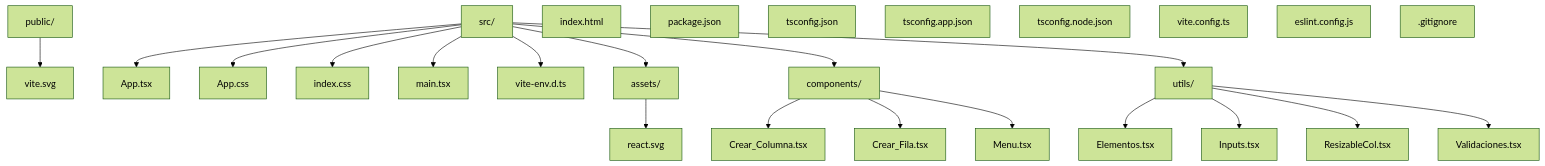
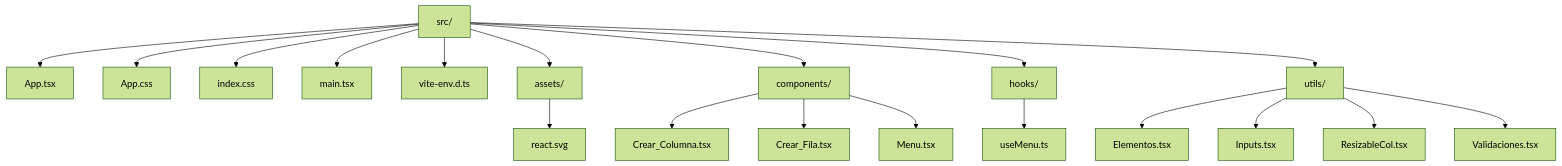
The diagram in README.md (SebastianWebApp/elementos_dinamicos), drawn with Mermaid (forest theme) before and after one commit. The commit also changed other lines of this file and 3 other files, not shown here.

````diff
--- a/README.md
+++ b/README.md
@@ -84,34 +9,21 @@
 ```mermaid
 graph TD
-  A[public/] --> B[vite.svg]
-
-  C[src/] --> D[App.tsx]
-  C --> E[App.css]
-  C --> F[index.css]
-  C --> G[main.tsx]
-  C --> H[vite-env.d.ts]
-
-  C --> I[assets/]
-  I --> J[react.svg]
-
-  C --> K[components/]
-  K --> L[Crear_Columna.tsx]
-  K --> M[Crear_Fila.tsx]
-  K --> N[Menu.tsx]
-
-  C --> O[utils/]
+  A[src/] --> B[App.tsx]
+  A --> C[App.css]
+  A --> D[index.css]
+  A --> E[main.tsx]
+  A --> F[vite-env.d.ts]
+  A --> G[assets/]
+  G --> H[react.svg]
+  A --> I[components/]
+  I --> J[Crear_Columna.tsx]
+  I --> K[Crear_Fila.tsx]
+  I --> L[Menu.tsx]
+  A --> M[hooks/]
+  M --> N[useMenu.ts]
+  A --> O[utils/]
   O --> P[Elementos.tsx]
   O --> Q[Inputs.tsx]
   O --> R[ResizableCol.tsx]
   O --> S[Validaciones.tsx]
-
-  T[index.html]
-  U[package.json]
-  V[tsconfig.json]
-  W[tsconfig.app.json]
-  X[tsconfig.node.json]
-  Y[vite.config.ts]
-  Z[eslint.config.js]
-  AA[.gitignore]
-
 ```
````
